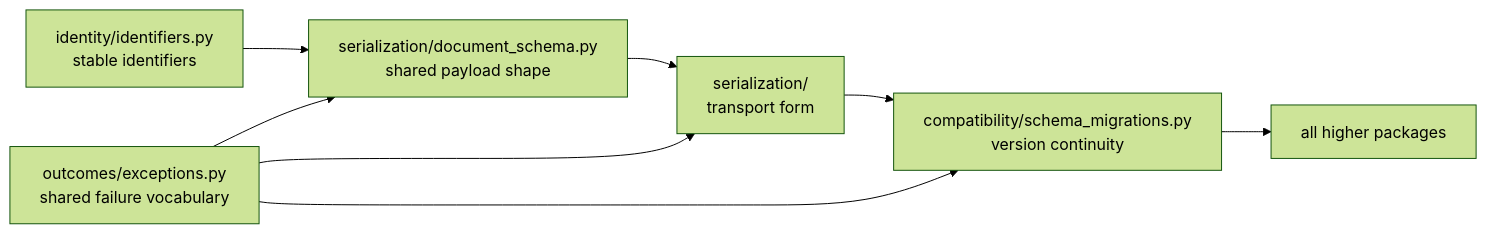
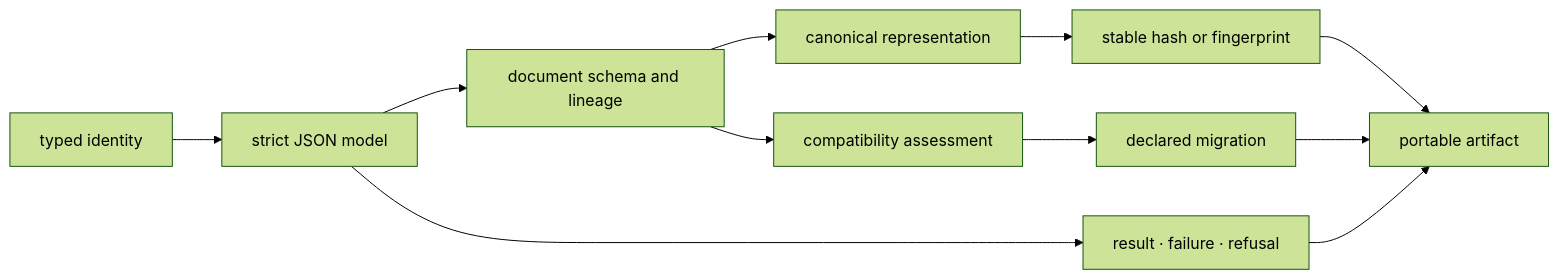
One commit to bijux/bijux-proteomics changed the first of 3 diagrams in docs/03-bijux-proteomics-foundation/architecture/index.md. Above: the diagram before and after it, drawn with Mermaid (forest theme). The commit also changed other lines of this file and 1 other file, not shown here.

Commit message:
docs(foundation): define portable contract boundaries

````diff
--- a/docs/03-bijux-proteomics-foundation/architecture/index.md
+++ b/docs/03-bijux-proteomics-foundation/architecture/index.md
@@ -17,14 +18,13 @@
 ```mermaid
 flowchart LR
-    ids["identity/identifiers.py<br/>stable identifiers"]
-    schema["serialization/document_schema.py<br/>shared payload shape"]
-    serialization["serialization/<br/>transport form"]
-    migrations["compatibility/schema_migrations.py<br/>version continuity"]
-    errors["outcomes/exceptions.py<br/>shared failure vocabulary"]
-    consumers["all higher packages"]
-
-    ids --> schema --> serialization --> migrations --> consumers
-    errors --> schema
-    errors --> serialization
-    errors --> migrations
+    I["typed identity"] --> M["strict JSON model"]
+    M --> D["document schema and lineage"]
+    D --> C["canonical representation"]
+    C --> H["stable hash or fingerprint"]
+    D --> A["compatibility assessment"]
+    A --> G["declared migration"]
+    M --> O["result · failure · refusal"]
+    H --> P["portable artifact"]
+    G --> P
+    O --> P
 ```
````
